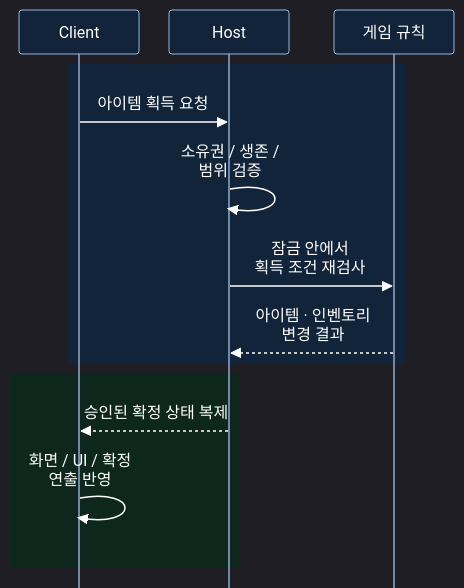
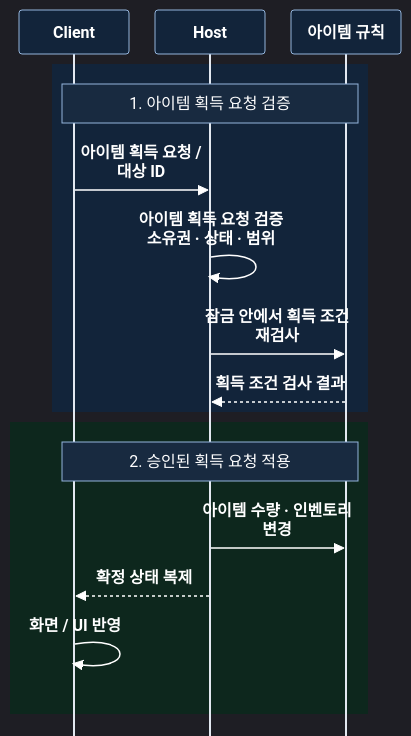
One commit to theholmes2/EchoZone changed the fifth of 9 diagrams in README.md. Above: the diagram before and after it, drawn with Mermaid. The commit also changed other lines of this file, not shown here.

````diff
--- a/README.md
+++ b/README.md
@@ -66,17 +178,20 @@
 ```mermaid
-%%{init: {"theme":"dark","themeVariables":{"fontSize":"18px","fontFamily":"sans-serif","darkMode":true,"background":"#111827","primaryColor":"#1E3553","primaryTextColor":"#FFFFFF","primaryBorderColor":"#93B4DB","lineColor":"#7189A8","textColor":"#FFFFFF","actorBkg":"#12243A","actorBorder":"#93B4DB","actorTextColor":"#FFFFFF","signalColor":"#FFFFFF","signalTextColor":"#FFFFFF","actorLineColor":"#7189A8","noteBkgColor":"#182A40","noteTextColor":"#FFFFFF","noteBorderColor":"#93B4DB","edgeLabelBackground":"#111827"},"flowchart":{"nodeSpacing":24,"rankSpacing":28,"padding":12,"wrappingWidth":300},"sequence":{"actorMargin":30,"width":120,"height":44,"messageMargin":28,"mirrorActors":false,"wrap":true,"actorFontSize":19,"messageFontSize":18,"noteFontSize":18},"themeCSS":"text, tspan { fill: #FFFFFF !important; } .nodeLabel, .nodeLabel p, .edgeLabel, .edgeLabel p { color: #FFFFFF !important; } .messageText, .noteText { fill: #FFFFFF !important; } .messageLine0, .messageLine1 { stroke: #FFFFFF !important; stroke-width: 2px !important; } .actor-line { stroke: #7189A8 !important; }"}}%%
+%%{init: {"theme":"dark","themeVariables":{"fontSize":"20px","fontFamily":"sans-serif","primaryColor":"#1E3553","primaryTextColor":"#F8FAFC","primaryBorderColor":"#93B4DB","lineColor":"#DCE6F5","secondaryColor":"#183C30","tertiaryColor":"#49371D","clusterBkg":"#1E3553","clusterBorder":"#93B4DB","actorBkg":"#12243A","actorBorder":"#93B4DB","actorTextColor":"#FFFFFF","signalColor":"#FFFFFF","signalTextColor":"#FFFFFF","labelBoxBkgColor":"#49371D","labelBoxBorderColor":"#D9B66F","labelTextColor":"#FFFFFF","loopTextColor":"#FFFFFF","noteBkgColor":"#182A40","noteTextColor":"#FFFFFF","noteBorderColor":"#93B4DB","textColor":"#FFFFFF","titleColor":"#FFFFFF","secondaryTextColor":"#F8FAFC","tertiaryTextColor":"#F8FAFC","edgeLabelBackground":"#111827","nodeTextColor":"#F8FAFC","actorLineColor":"#E2E8F0","activationBorderColor":"#CBD5E1","activationBkgColor":"#25354B","darkMode":true,"background":"#111827"},"flowchart":{"nodeSpacing":22,"rankSpacing":28,"padding":12},"sequence":{"actorMargin":24,"width":110,"height":44,"diagramMarginX":8,"diagramMarginY":12,"messageMargin":32,"mirrorActors":false,"wrap":true,"actorFontSize":20,"messageFontSize":20,"noteFontSize":19,"actorFontWeight":700,"messageFontWeight":600,"noteFontWeight":700},"darkMode":true,"themeCSS":"text, tspan { fill: #FFFFFF !important; font-weight: 600 !important; } .messageText, .noteText, .labelText, .loopText { fill: #FFFFFF !important; color: #FFFFFF !important; font-weight: 600 !important; } .messageLine0, .messageLine1 { stroke: #FFFFFF !important; stroke-width: 2.5px !important; } .actor-line { stroke: #CBD5E1 !important; stroke-width: 1.5px !important; } marker path { fill: #FFFFFF !important; stroke: #FFFFFF !important; } .note, .labelBox { stroke: #AFC7E8 !important; stroke-width: 1.5px !important; }"}}%%
 sequenceDiagram
     participant C as Client
     participant H as Host
-    participant G as 게임 규칙
+    participant I as 아이템 규칙
     rect rgb(18, 36, 58)
-        C->>H: 아이템 획득 요청
-        H->>H: 소유권 / 생존 / 범위 검증
-        H->>G: 잠금 안에서<br/>획득 조건 재검사
-        G-->>H: 아이템 · 인벤토리<br/>변경 결과
+        Note over C,I: 1. 아이템 획득 요청 검증
+        C->>H: 아이템 획득 요청 / 대상 ID
+        H->>H: 아이템 획득 요청 검증<br/>소유권 · 상태 · 범위
+        H->>I: 잠금 안에서 획득 조건 재검사
+        I-->>H: 획득 조건 검사 결과
     end
     rect rgb(13, 39, 29)
-        H-->>C: 승인된 확정 상태 복제
-        C->>C: 화면 / UI / 확정 연출 반영
+        Note over C,I: 2. 승인된 획득 요청 적용
+        H->>I: 아이템 수량 · 인벤토리 변경
+        H-->>C: 확정 상태 복제
+        C->>C: 화면 / UI 반영
     end
 ```
````
